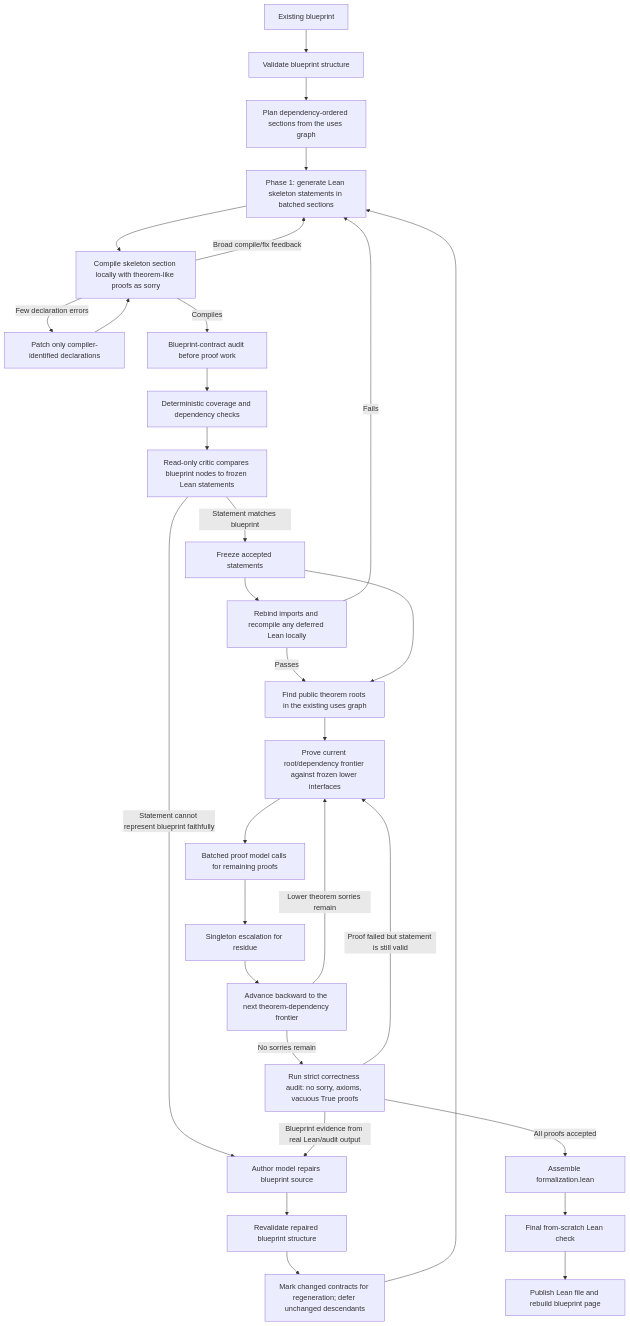
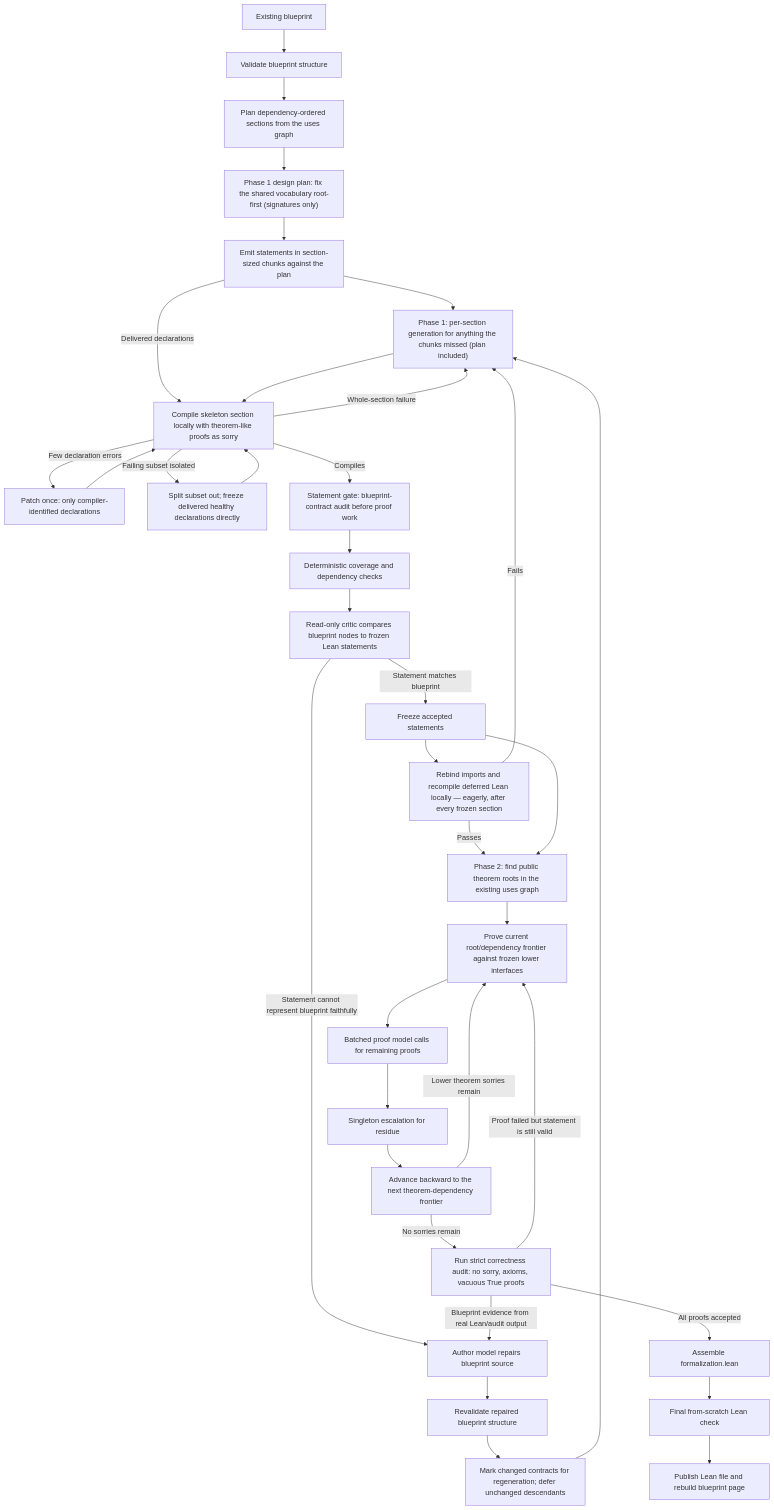
Before and after one commit to rafaelcastrorc/formalizer: the first of 2 diagrams in README.md, drawn with Mermaid. The commit also changed other lines of this file and 15 other files, not shown here.

````diff
--- a/README.md
+++ b/README.md
@@ -463,33 +515,38 @@
 ```mermaid
 flowchart TD
     A["Existing blueprint"] --> B["Validate blueprint structure"]
     B --> C["Plan dependency-ordered sections from the uses graph"]
-    C --> D["Phase 1: generate Lean skeleton statements in batched sections"]
+    C --> BP0["Phase 1 design plan: fix the shared vocabulary root-first (signatures only)"]
+    BP0 --> BP["Emit statements in section-sized chunks against the plan"]
+    BP --> D["Phase 1: per-section generation for anything the chunks missed (plan included)"]
+    BP -->|Delivered declarations| E
     D --> E["Compile skeleton section locally with theorem-like proofs as sorry"]
-    E -->|Few declaration errors| EP["Patch only compiler-identified declarations"]
+    E -->|Few declaration errors| EP["Patch once: only compiler-identified declarations"]
     EP --> E
-    E -->|Broad compile/fix feedback| D
-    E -->|Compiles| F["Blueprint-contract audit before proof work"]
+    E -->|Failing subset isolated| ES["Split subset out; freeze delivered healthy declarations directly"]
+    ES --> E
+    E -->|Whole-section failure| D
+    E -->|Compiles| F["Statement gate: blueprint-contract audit before proof work"]
     F --> G["Deterministic coverage and dependency checks"]
     G --> H["Read-only critic compares blueprint nodes to frozen Lean statements"]
     H -->|Statement matches blueprint| I["Freeze accepted statements"]
     H -->|Statement cannot represent blueprint faithfully| R["Author model repairs blueprint source"]
     R --> RV["Revalidate repaired blueprint structure"]
     RV --> RC["Mark changed contracts for regeneration; defer unchanged descendants"]
     RC --> D
-    I --> RR["Rebind imports and recompile any deferred Lean locally"]
+    I --> RR["Rebind imports and recompile deferred Lean locally — eagerly, after every frozen section"]
     RR -->|Passes| J
     RR -->|Fails| D
-    I --> J["Find public theorem roots in the existing uses graph"]
+    I --> J["Phase 2: find public theorem roots in the existing uses graph"]
     J --> K["Prove current root/dependency frontier against frozen lower interfaces"]
     K --> L["Batched proof model calls for remaining proofs"]
     L --> M["Singleton escalation for residue"]
     M --> N["Advance backward to the next theorem-dependency frontier"]
     N -->|Lower theorem sorries remain| K
     N -->|No sorries remain| V["Run strict correctness audit: no sorry, axioms, vacuous True proofs"]
     V -->|Proof failed but statement is still valid| K
     V -->|Blueprint evidence from real Lean/audit output| R
     V -->|All proofs accepted| O["Assemble formalization.lean"]
     O --> P["Final from-scratch Lean check"]
     P --> Q["Publish Lean file and rebuild blueprint page"]
 ```
````
